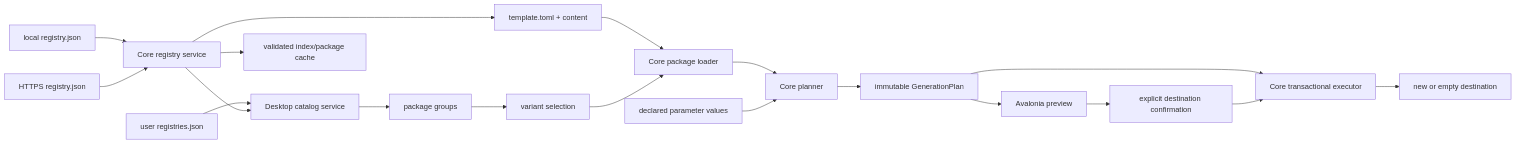
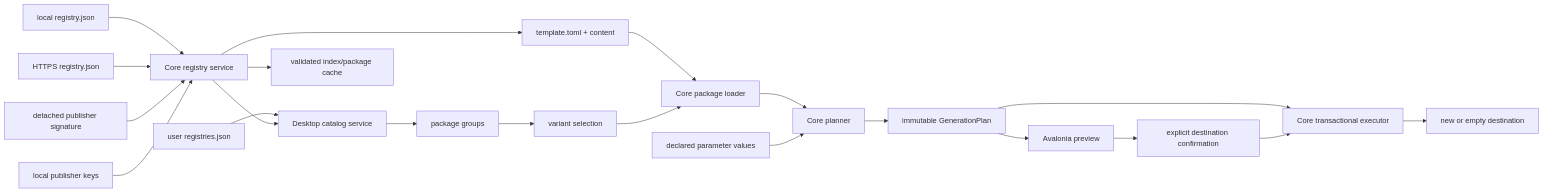
The diagram in docs/architecture.md (klonkerdev/klonker), drawn with Mermaid before and after one commit. The commit also changed other lines of this file and 59 other files, not shown here.

````diff
--- a/docs/architecture.md
+++ b/docs/architecture.md
@@ -69,21 +76,23 @@
 ```mermaid
 flowchart LR
     Config[user registries.json] --> DesktopService[Desktop catalog service]
     Local[local registry.json] --> RegistryCore[Core registry service]
     Remote[HTTPS registry.json] --> RegistryCore
+    Signature[detached publisher signature] --> RegistryCore
+    Trust[local publisher keys] --> RegistryCore
     RegistryCore --> Cache[validated index/package cache]
     RegistryCore --> DesktopService
     DesktopService --> Families[package groups]
     Families --> Variants[variant selection]
     RegistryCore --> Package[template.toml + content]
     Package[template.toml + content] --> Loader[Core package loader]
     Variants --> Loader
     Loader --> Planner[Core planner]
     Values[declared parameter values] --> Planner
     Planner --> Plan[immutable GenerationPlan]
     Plan --> Preview[Avalonia preview]
     Preview --> Confirm[explicit destination confirmation]
     Plan --> Executor[Core transactional executor]
     Confirm --> Executor
     Executor --> Output[new or empty destination]
 ```
````
